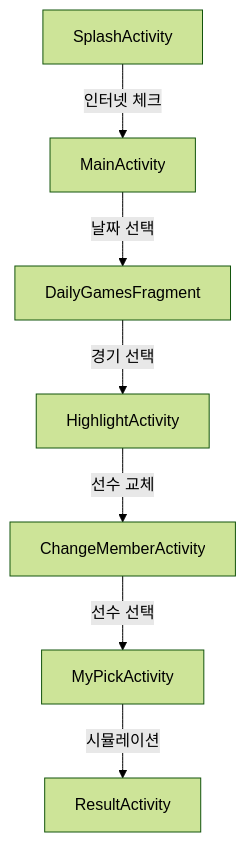
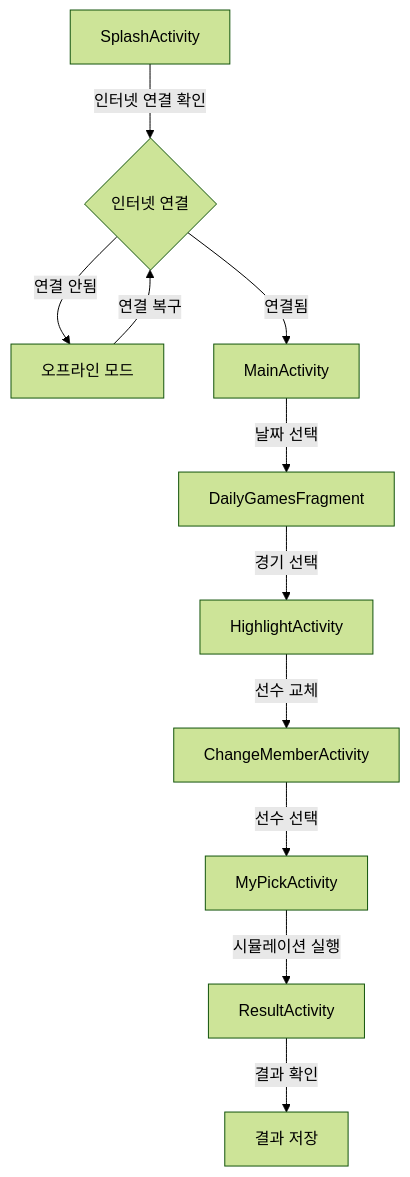
Before and after one commit to JongHyun070105/Baseball_Simulation_App: the first of 2 diagrams in README.md, drawn with Mermaid (forest theme).

````diff
--- a/README.md
+++ b/README.md
@@ -77,9 +77,13 @@
 ```mermaid
 graph TD
-    A[SplashActivity] -->|인터넷 체크| B[MainActivity]
-    B -->|날짜 선택| C[DailyGamesFragment]
-    C -->|경기 선택| D[HighlightActivity]
-    D -->|선수 교체| E[ChangeMemberActivity]
-    E -->|선수 선택| F[MyPickActivity]
-    F -->|시뮬레이션| G[ResultActivity]
+   A[SplashActivity] -->|인터넷 연결 확인| B{인터넷 연결}
+    B -->|연결 안됨| C[오프라인 모드]
+    B -->|연결됨| D[MainActivity]
+    D -->|날짜 선택| E[DailyGamesFragment]
+    E -->|경기 선택| F[HighlightActivity]
+    F -->|선수 교체| G[ChangeMemberActivity]
+    G -->|선수 선택| H[MyPickActivity]
+    H -->|시뮬레이션 실행| I[ResultActivity]
+    I -->|결과 확인| J[결과 저장]
+    C -->|연결 복구| B
 ```
````
